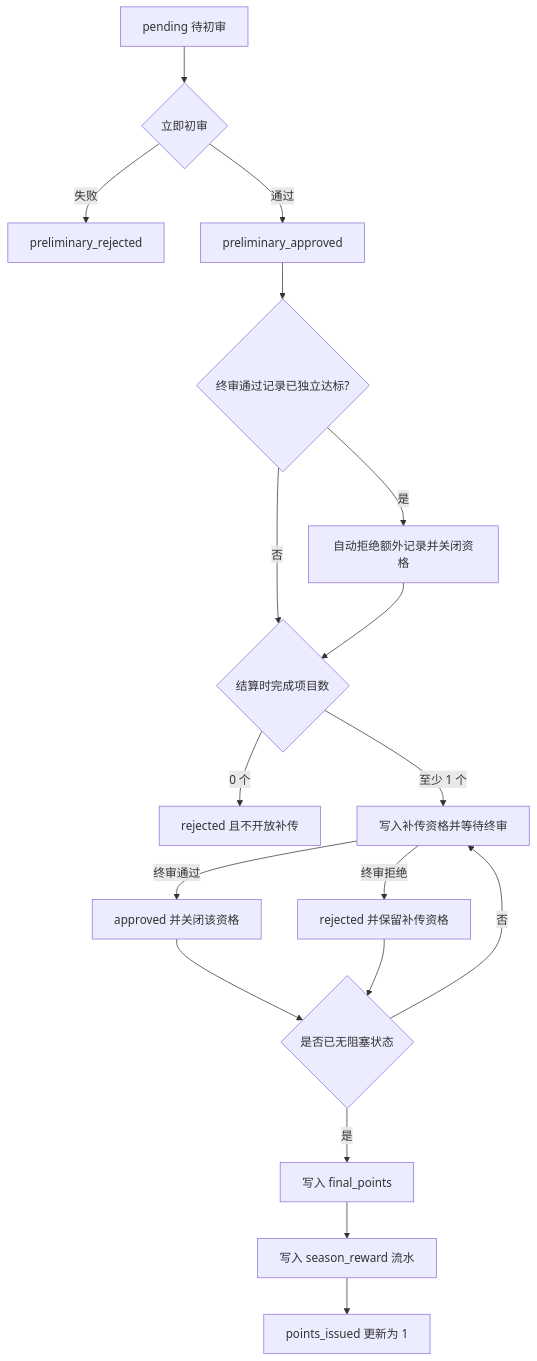
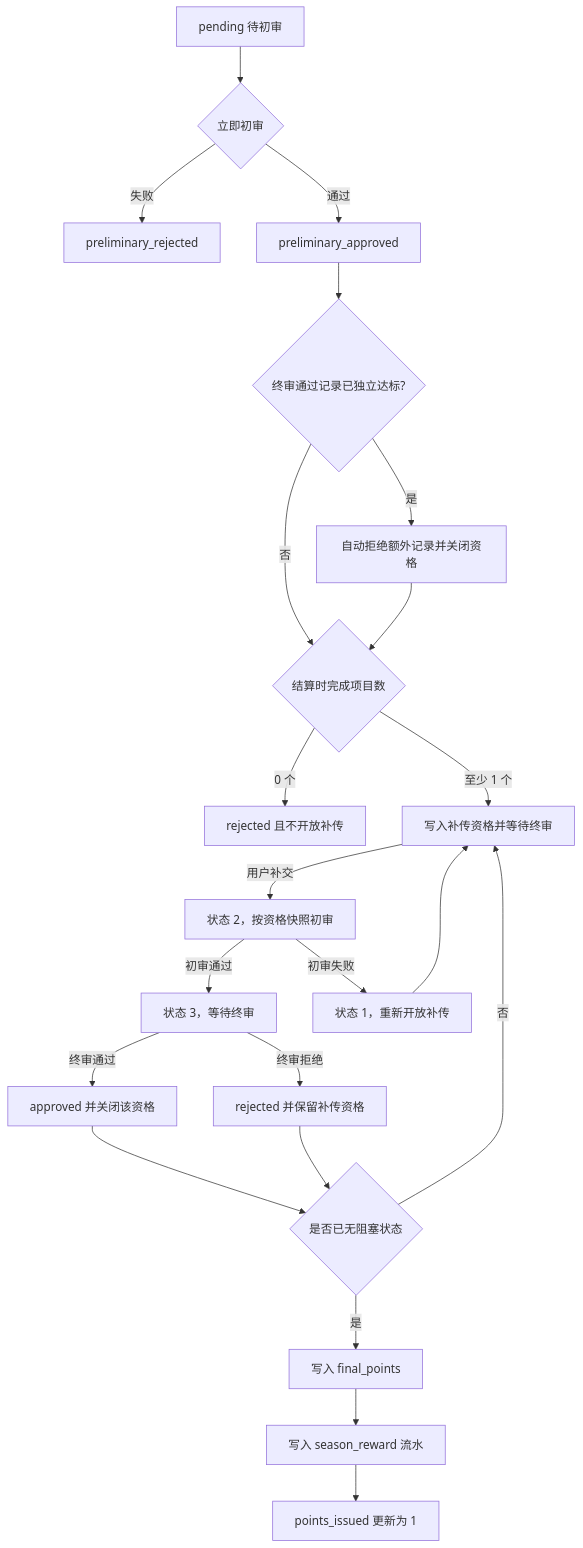
The diagram in description/domain/season-settlement.md (caicai-6666/flame-sport-pheno-manage-be), drawn with Mermaid before and after one commit. The commit also changed other lines of this file and 15 other files, not shown here.

````diff
--- a/description/domain/season-settlement.md
+++ b/description/domain/season-settlement.md
@@ -78,20 +80,24 @@
 ```mermaid
 flowchart TD
     A[pending 待初审] --> B{立即初审}
     B -->|失败| C[preliminary_rejected]
     B -->|通过| D[preliminary_approved]
     D --> L{终审通过记录已独立达标?}
     L -->|是| M[自动拒绝额外记录并关闭资格]
     L -->|否| E{结算时完成项目数}
     M --> E
     E -->|0 个| F[rejected 且不开放补传]
     E -->|至少 1 个| G[写入补传资格并等待终审]
-    G -->|终审通过| H[approved 并关闭该资格]
-    G -->|终审拒绝| I[rejected 并保留补传资格]
+    G -->|用户补交| P[状态 2，按资格快照初审]
+    P -->|初审通过| Q[状态 3，等待终审]
+    P -->|初审失败| R[状态 1，重新开放补传]
+    Q -->|终审通过| H[approved 并关闭该资格]
+    Q -->|终审拒绝| I[rejected 并保留补传资格]
+    R --> G
     H --> J{是否已无阻塞状态}
     I --> J
     J -->|是| K[写入 final_points]
     J -->|否| G
     K --> N[写入 season_reward 流水]
     N --> O[points_issued 更新为 1]
 ```
````
